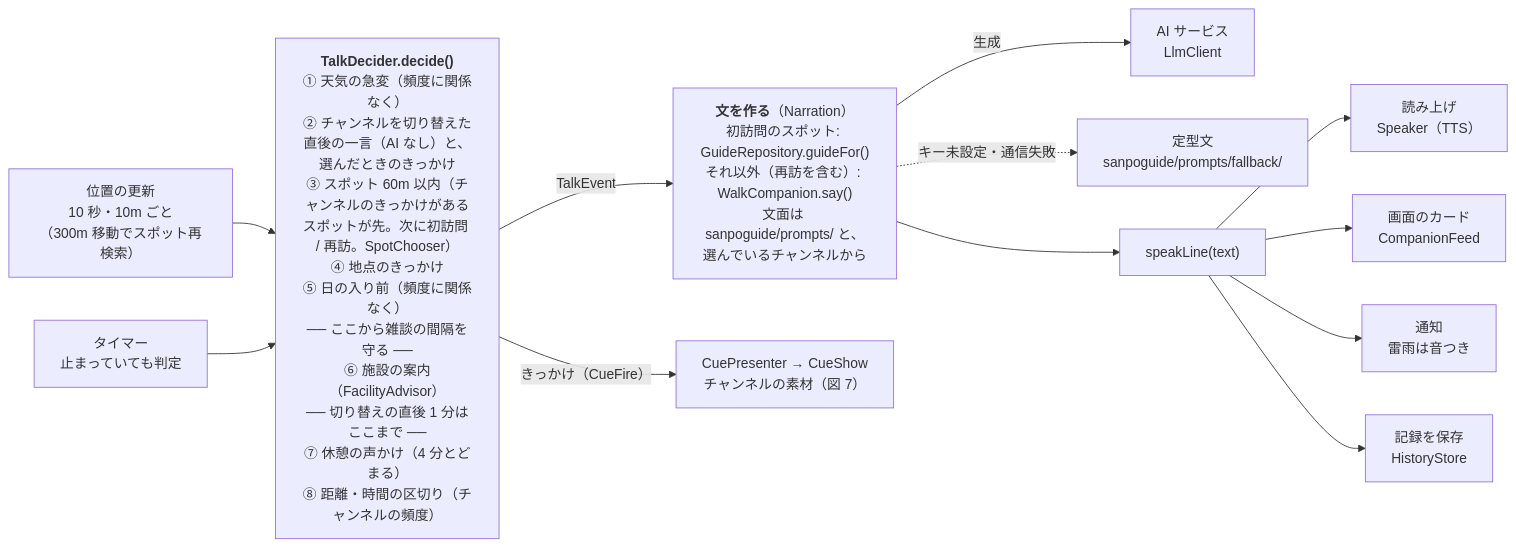
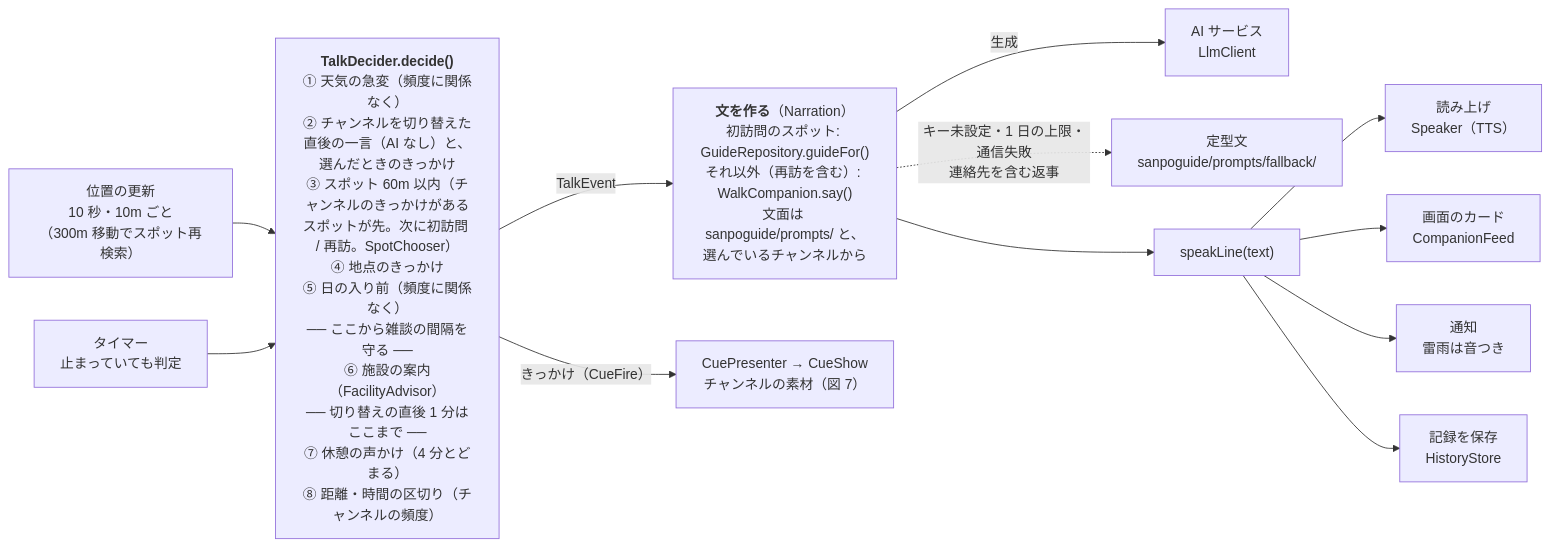
One commit to duwenji/yorisoi-sanpoguide changed the third of 8 diagrams in docs/architecture.md. Above: the diagram before and after it, drawn with Mermaid. The commit also changed other lines of this file and 1 other file, not shown here.

First line of the commit message:
docs: 構造図を今のコードに合わせる

````diff
--- a/docs/architecture.md
+++ b/docs/architecture.md
@@ -99,17 +105,17 @@
 ```mermaid
 flowchart LR
   Loc["位置の更新<br/>10 秒・10m ごと<br/>（300m 移動でスポット再検索）"] --> Talk
   Tick["タイマー<br/>止まっていても判定"] --> Talk
 
   Talk["<b>TalkDecider.decide()</b><br/>① 天気の急変（頻度に関係なく）<br/>② チャンネルを切り替えた直後の一言（AI なし）と、選んだときのきっかけ<br/>③ スポット 60m 以内（チャンネルのきっかけがあるスポットが先。次に初訪問 / 再訪。SpotChooser）<br/>④ 地点のきっかけ<br/>⑤ 日の入り前（頻度に関係なく）<br/>── ここから雑談の間隔を守る ──<br/>⑥ 施設の案内（FacilityAdvisor）<br/>── 切り替えの直後 1 分はここまで ──<br/>⑦ 休憩の声かけ（4 分とどまる）<br/>⑧ 距離・時間の区切り（チャンネルの頻度）"]
 
   Talk -- "TalkEvent" --> Compose["<b>文を作る</b>（Narration）<br/>初訪問のスポット: GuideRepository.guideFor()<br/>それ以外（再訪を含む）: WalkCompanion.say()<br/>文面は sanpoguide/prompts/ と、選んでいるチャンネルから"]
   Talk -- "きっかけ（CueFire）" --> CueShow["CuePresenter → CueShow<br/>チャンネルの素材（図 7）"]
   Compose -- "生成" --> AI["AI サービス<br/>LlmClient"]
-  Compose -. "キー未設定・通信失敗" .-> Fallback["定型文<br/>sanpoguide/prompts/fallback/"]
+  Compose -. "キー未設定・1 日の上限・通信失敗<br/>連絡先を含む返事" .-> Fallback["定型文<br/>sanpoguide/prompts/fallback/"]
   Compose --> Speak["speakLine(text)"]
   Speak --> Speaker["読み上げ<br/>Speaker（TTS）"]
   Speak --> Feed["画面のカード<br/>CompanionFeed"]
   Speak --> Notify["通知<br/>雷雨は音つき"]
   Speak --> Save["記録を保存<br/>HistoryStore"]
 ```
````
